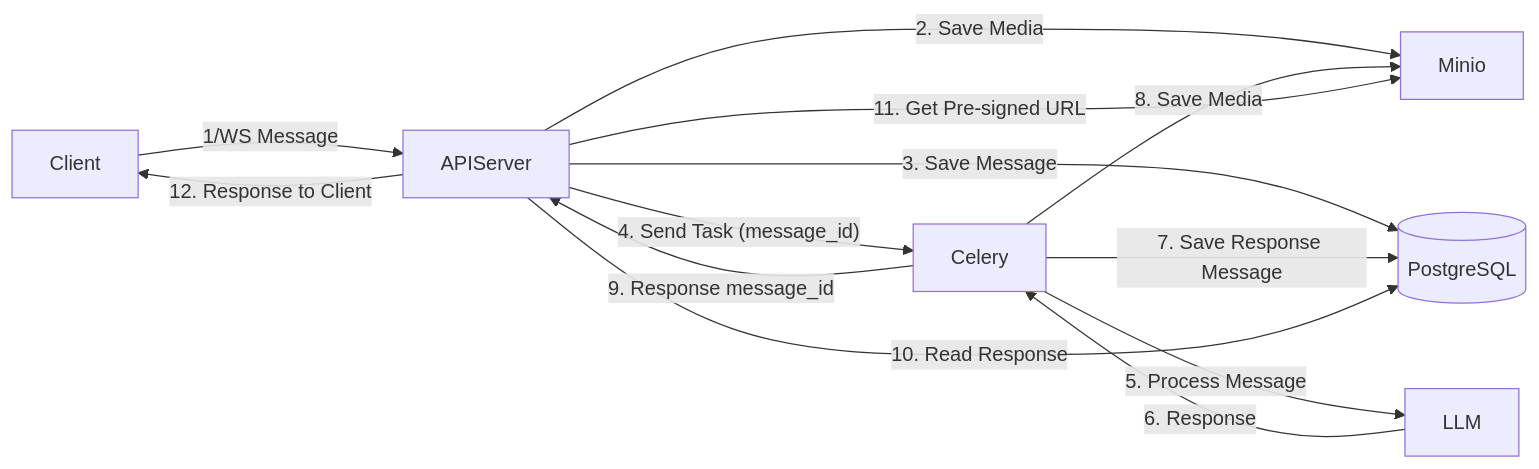
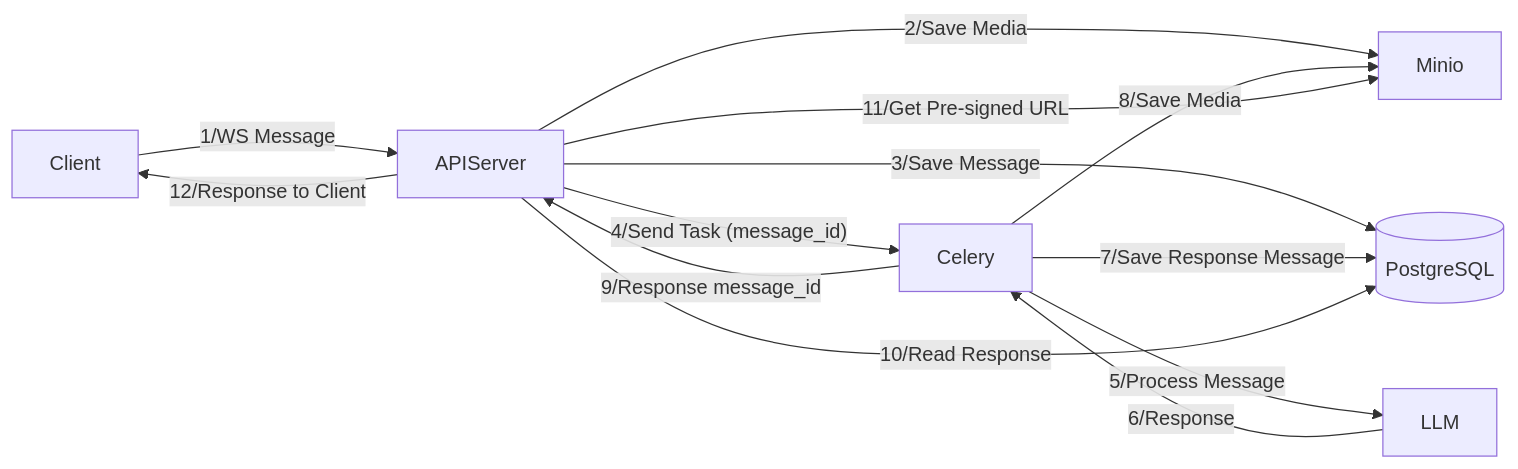
One commit to ducnv0/tori-assistant changed the second of 2 diagrams in README.md. Above: the diagram before and after it, drawn with Mermaid.

Commit message:
README update

````diff
--- a/README.md
+++ b/README.md
@@ -77,15 +77,15 @@
 ```mermaid
 graph LR
     Client -- 1/WS Message --> APIServer
-    APIServer -- 2. Save Media --> Minio
-    APIServer -- 3. Save Message --> DB[(PostgreSQL)]
-    APIServer -- 4. Send Task (message_id) --> Celery
-    Celery -- 5. Process Message --> LLM
-    LLM -- 6. Response --> Celery
-    Celery -- 7. Save Response Message --> DB
-    Celery -- 8. Save Media --> Minio
-    Celery -- 9. Response message_id --> APIServer
-    APIServer -- 10. Read Response --> DB
-    APIServer -- 11. Get Pre-signed URL --> Minio
-    APIServer -- 12. Response to Client --> Client
+    APIServer -- 2/Save Media --> Minio
+    APIServer -- 3/Save Message --> DB[(PostgreSQL)]
+    APIServer -- 4/Send Task (message_id) --> Celery
+    Celery -- 5/Process Message --> LLM
+    LLM -- 6/Response --> Celery
+    Celery -- 7/Save Response Message --> DB
+    Celery -- 8/Save Media --> Minio
+    Celery -- 9/Response message_id --> APIServer
+    APIServer -- 10/Read Response --> DB
+    APIServer -- 11/Get Pre-signed URL --> Minio
+    APIServer -- 12/Response to Client --> Client
  ```
````
